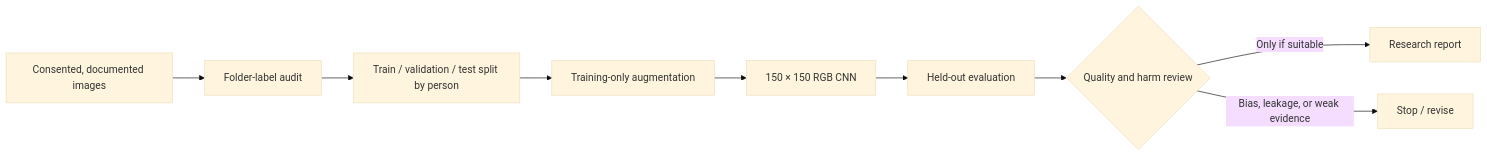
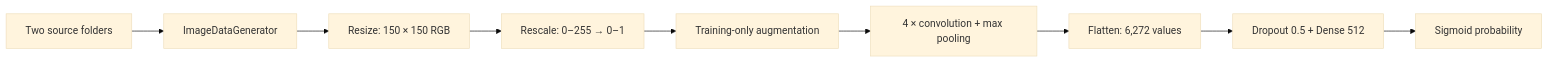
The first of 8 diagrams in 02-gender-image-classifier/README.md (CHAITANYA-2002/machine-learning-projects), drawn with Mermaid (base theme) before and after one commit. The commit also changed other lines of this file and 109 other files, not shown here.

````diff
--- a/02-gender-image-classifier/README.md
+++ b/02-gender-image-classifier/README.md
@@ -36,11 +33,11 @@
-```mermaid
+~~~mermaid
 flowchart LR
-    A[Consented, documented images] --> B[Folder-label audit]
-    B --> C[Train / validation / test split by person]
-    C --> D[Training-only augmentation]
-    D --> E[150 × 150 RGB CNN]
-    E --> F[Held-out evaluation]
-    F --> G{Quality and harm review}
-    G -->|Only if suitable| H[Research report]
-    G -->|Bias, leakage, or weak evidence| I[Stop / revise]
-```
+    A[Two source folders] --> B[ImageDataGenerator]
+    B --> C[Resize: 150 × 150 RGB]
+    C --> D[Rescale: 0–255 → 0–1]
+    D --> E[Training-only augmentation]
+    E --> F[4 × convolution + max pooling]
+    F --> G[Flatten: 6,272 values]
+    G --> H[Dropout 0.5 + Dense 512]
+    H --> I[Sigmoid probability]
+~~~
````
